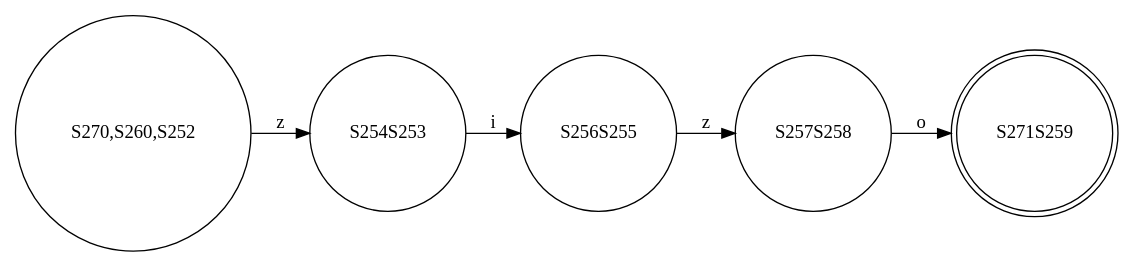
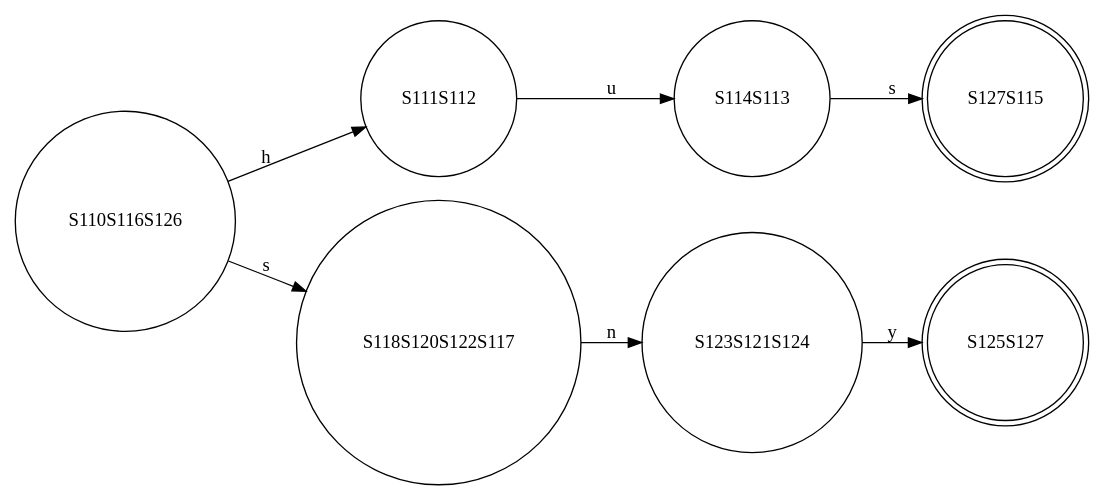
The diagram in finalCode/test-output/round-table.gv (abdelazizSalah/RegExp_NFA_DFA_DFAMinimization), drawn with Graphviz before and after one commit. The commit also changed 5 other files, not shown here.

```diff
--- a/finalCode/test-output/round-table.gv
+++ b/finalCode/test-output/round-table.gv
@@ -1,13 +1,17 @@
-// DFA graph
+// Minimized DFA graph
 digraph {
 	graph [rankdir=LR]
-	"S270,S260,S252" [label="S270,S260,S252" shape=circle]
-	"S270,S260,S252" -> S254S253 [label=z]
-	S254S253 [label=S254S253 shape=circle]
-	S254S253 -> S256S255 [label=i]
-	S256S255 [label=S256S255 shape=circle]
-	S256S255 -> S257S258 [label=z]
-	S257S258 [label=S257S258 shape=circle]
-	S257S258 -> S271S259 [label=o]
-	S271S259 [label=S271S259 shape=doublecircle]
+	S110S116S126 [label=S110S116S126 shape=circle]
+	S110S116S126 -> S111S112 [label=h]
+	S110S116S126 -> S118S120S122S117 [label=s]
+	S111S112 [label=S111S112 shape=circle]
+	S111S112 -> S114S113 [label=u]
+	S118S120S122S117 [label=S118S120S122S117 shape=circle]
+	S118S120S122S117 -> S123S121S124 [label=n]
+	S114S113 [label=S114S113 shape=circle]
+	S114S113 -> S127S115 [label=s]
+	S123S121S124 [label=S123S121S124 shape=circle]
+	S123S121S124 -> S125S127 [label=y]
+	S127S115 [label=S127S115 shape=doublecircle]
+	S125S127 [label=S125S127 shape=doublecircle]
 }
```
